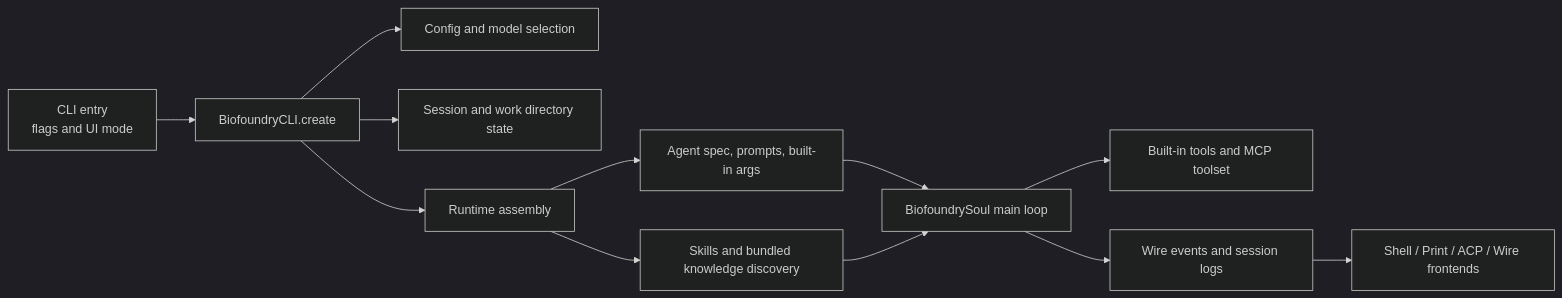
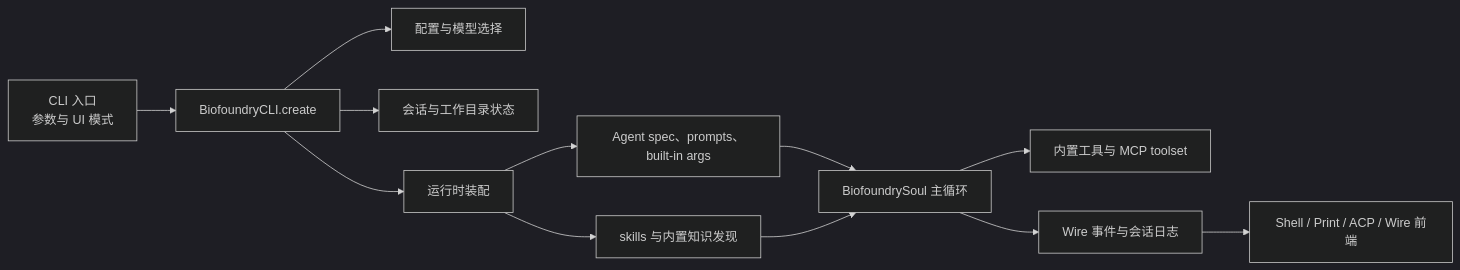
One commit to SmartisanNaive/BioFoundry changed the diagram in README.md. Above: the diagram before and after it, drawn with Mermaid (dark theme). The commit also changed other lines of this file and 3 other files, not shown here.

````diff
--- a/README.md
+++ b/README.md
@@ -122,14 +134,14 @@
 ```mermaid
 flowchart LR
-    CLI["CLI entry<br/>flags and UI mode"] --> Create["BiofoundryCLI.create"]
-    Create --> Config["Config and model selection"]
-    Create --> Session["Session and work directory state"]
-    Create --> Runtime["Runtime assembly"]
-    Runtime --> Specs["Agent spec, prompts, built-in args"]
-    Runtime --> Skills["Skills and bundled knowledge discovery"]
-    Specs --> Soul["BiofoundrySoul main loop"]
+    CLI["CLI 入口<br/>参数与 UI 模式"] --> Create["BiofoundryCLI.create"]
+    Create --> Config["配置与模型选择"]
+    Create --> Session["会话与工作目录状态"]
+    Create --> Runtime["运行时装配"]
+    Runtime --> Specs["Agent spec、prompts、built-in args"]
+    Runtime --> Skills["skills 与内置知识发现"]
+    Specs --> Soul["BiofoundrySoul 主循环"]
     Skills --> Soul
-    Soul --> Toolset["Built-in tools and MCP toolset"]
-    Soul --> Wire["Wire events and session logs"]
-    Wire --> UI["Shell / Print / ACP / Wire frontends"]
+    Soul --> Toolset["内置工具与 MCP toolset"]
+    Soul --> Wire["Wire 事件与会话日志"]
+    Wire --> UI["Shell / Print / ACP / Wire 前端"]
 ```
````
